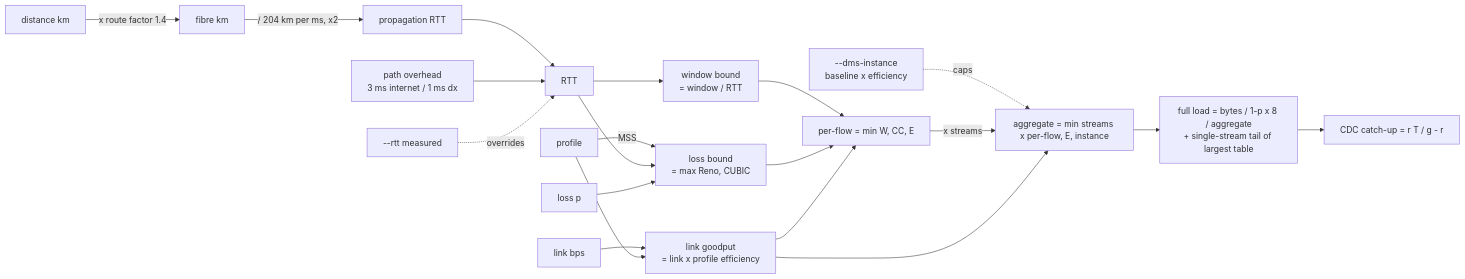
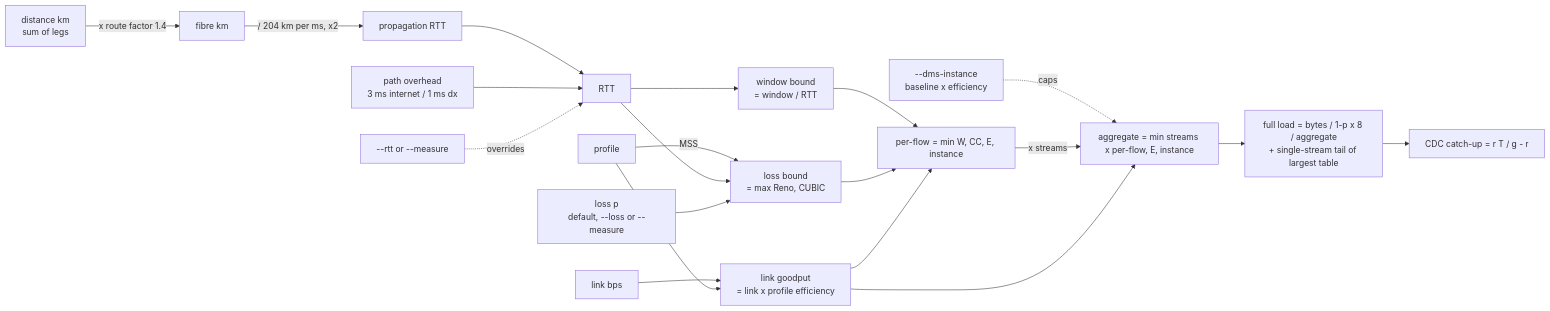
One commit to NetDevAutomate/network_transfer changed the diagram in README.md. Above: the diagram before and after it, drawn with Mermaid. The commit also changed other lines of this file and 2 other files, not shown here.

````diff
--- a/README.md
+++ b/README.md
@@ -203,25 +365,25 @@
 ```mermaid
 flowchart LR
-    D[distance km] -->|x route factor 1.4| F[fibre km]
+    D[distance km<br/>sum of legs] -->|x route factor 1.4| F[fibre km]
     F -->|/ 204 km per ms, x2| P[propagation RTT]
     P --> R[RTT]
     O[path overhead<br/>3 ms internet / 1 ms dx] --> R
-    M[--rtt measured] -.overrides.-> R
+    M[--rtt or --measure] -.overrides.-> R
 
     L[link bps] --> E[link goodput<br/>= link x profile efficiency]
     PR[profile] --> E
     PR -->|MSS| CC
     DI[--dms-instance<br/>baseline x efficiency] -.caps.-> AG
 
     R --> W[window bound<br/>= window / RTT]
     R --> CC[loss bound<br/>= max Reno, CUBIC]
-    LS[loss p] --> CC
+    LS[loss p<br/>default, --loss or --measure] --> CC
 
-    W --> PF[per-flow = min W, CC, E]
+    W --> PF[per-flow = min W, CC, E, instance]
     CC --> PF
     E --> PF
     PF -->|x streams| AG[aggregate = min streams x per-flow, E, instance]
     E --> AG
     AG --> T[full load = bytes / 1-p x 8 / aggregate<br/>+ single-stream tail of largest table]
     T --> CDC[CDC catch-up = r T / g - r]
 ```
````
